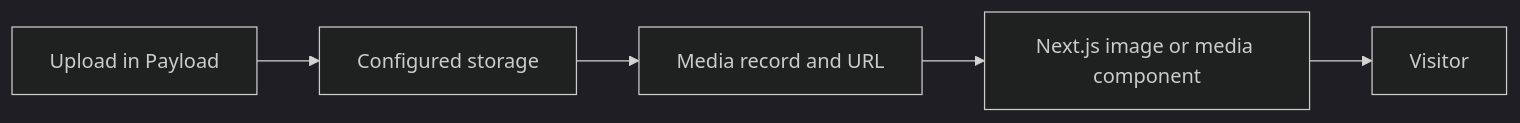
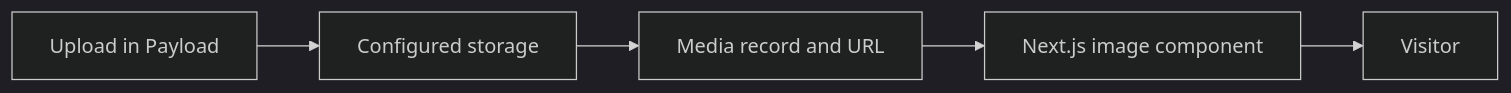
One commit to xvonpat/patrik-von-porat-portfolio changed the third of 4 diagrams in docs/ai/SITE_ARCHITECTURE.md. Above: the diagram before and after it, drawn with Mermaid (dark theme). The commit also changed other lines of this file and 12 other files, not shown here.

````diff
--- a/docs/ai/SITE_ARCHITECTURE.md
+++ b/docs/ai/SITE_ARCHITECTURE.md
@@ -283,7 +199,7 @@
 ```mermaid
 flowchart LR
     U["Upload in Payload"] --> S["Configured storage"]
     S --> R["Media record and URL"]
-    R --> N["Next.js image or media component"]
+    R --> N["Next.js image component"]
     N --> V["Visitor"]
 ```
````
